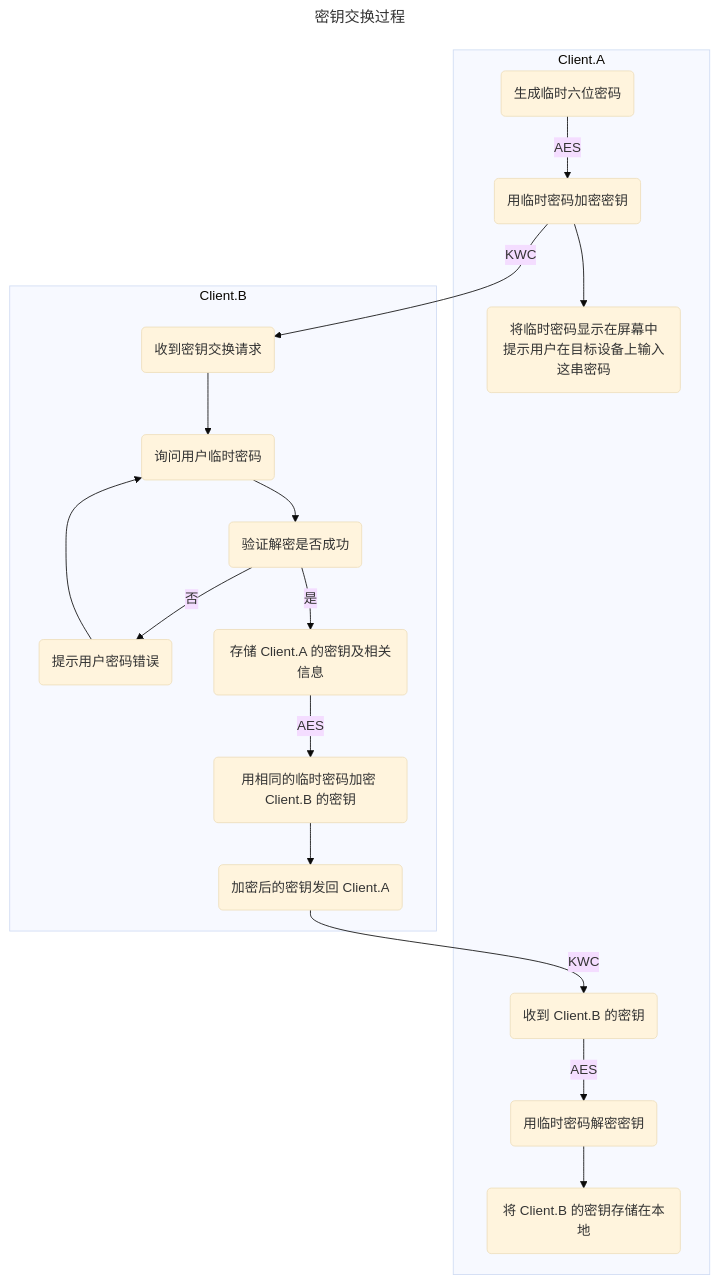
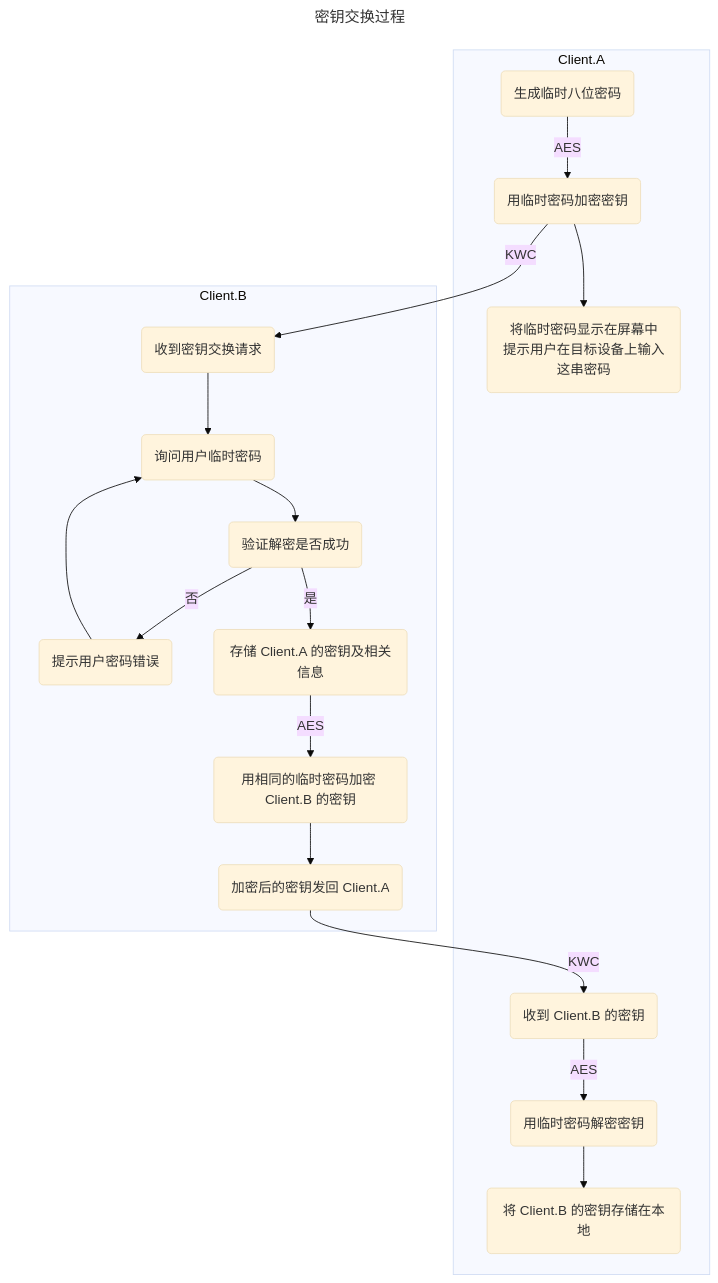
Before and after one commit to Crequency/KitX-Docs: the diagram in docs/rules/entire/kitx-encryption-ring.md, drawn with Mermaid (base theme). The commit also changed other lines of this file, not shown here.

````diff
--- a/docs/rules/entire/kitx-encryption-ring.md
+++ b/docs/rules/entire/kitx-encryption-ring.md
@@ -16,27 +19,27 @@
 ```mermaid
 ---
 title: 密钥交换过程
 ---
 flowchart TB
     subgraph Client.A
         K(收到 Client.B 的密钥) --> |AES| L(用临时密码解密密钥)
         L --> M(将 Client.B 的密钥存储在本地)
     end
 
     subgraph Client.B
         D(收到密钥交换请求) --> E(询问用户临时密码)
         E --> F(验证解密是否成功)
         F --> |否| G(提示用户密码错误)
         G --> E
         F --> |是| H(存储 Client.A 的密钥及相关信息)
         H --> |AES| I(用相同的临时密码加密 Client.B 的密钥)
         I --> J(加密后的密钥发回 Client.A)
         J --> |KWC| K
     end
 
     subgraph Client.A
-        A(生成临时六位密码) --> |AES| B(用临时密码加密密钥)
+        A(生成临时八位密码) --> |AES| B(用临时密码加密密钥)
         B --> |KWC| D
         B --> C(将临时密码显示在屏幕中<br>提示用户在目标设备上输入这串密码)
     end
 ```
````
